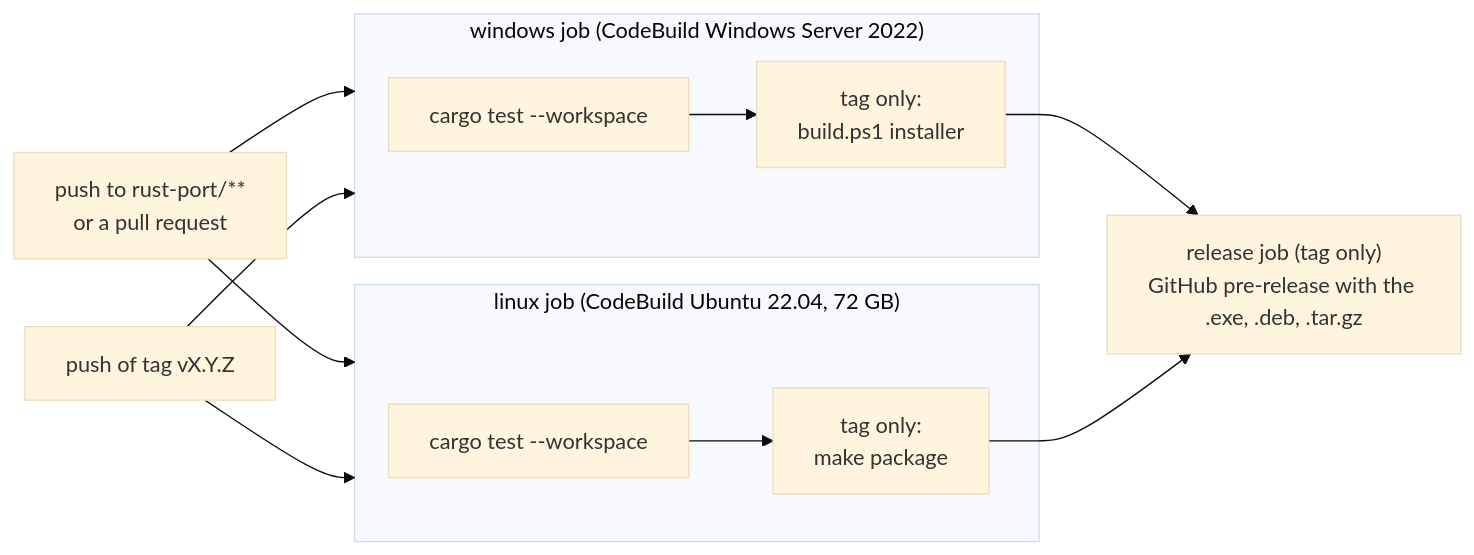
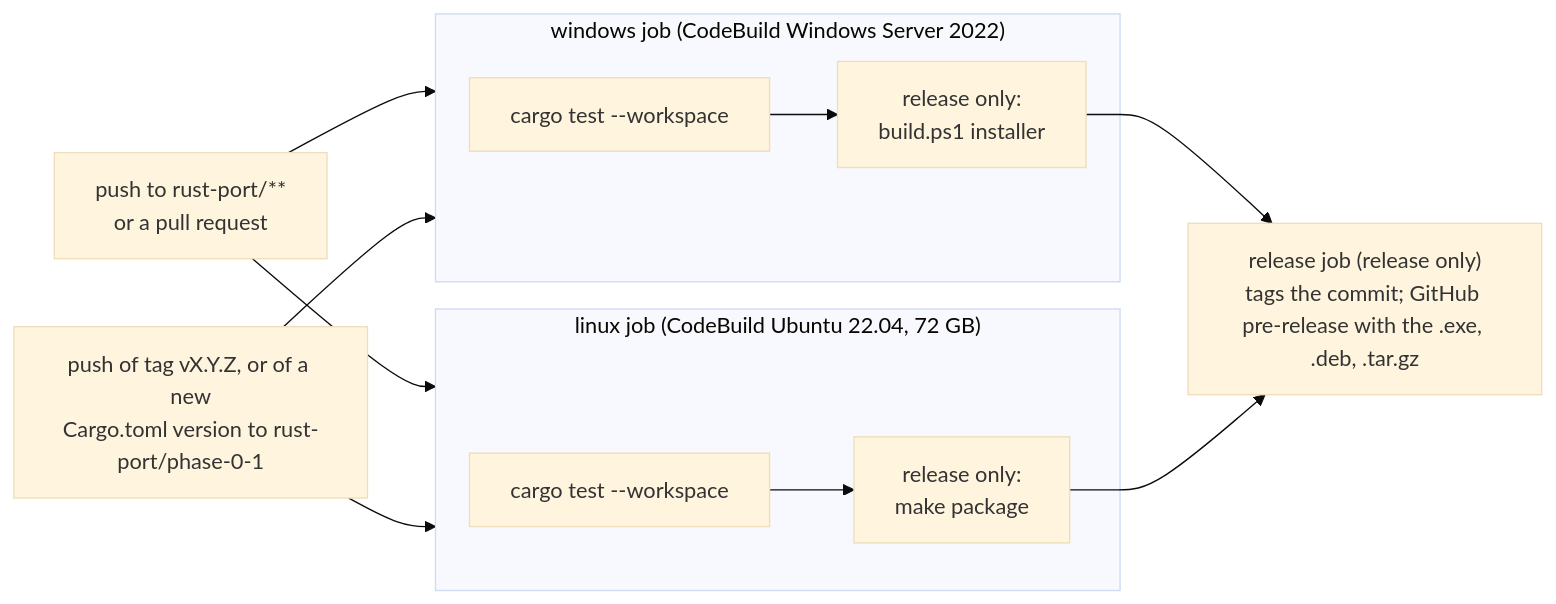
Before and after one commit to 4regab/Hover: the fourth of 5 diagrams in docs/development/architecture.md, drawn with Mermaid (base theme). The commit also changed 6 other files, not shown here.

First line of the commit message:
Release 3.1.1, and release from a push that raises the version

````diff
--- a/docs/development/architecture.md
+++ b/docs/development/architecture.md
@@ -140,17 +140,17 @@
 ```mermaid
 flowchart LR
     push["push to rust-port/**<br/>or a pull request"] --> wj & lj
-    tag["push of tag vX.Y.Z"] --> wj & lj
+    tag["push of tag vX.Y.Z, or of a new<br/>Cargo.toml version to rust-port/phase-0-1"] --> wj & lj
 
     subgraph wj["windows job (CodeBuild Windows Server 2022)"]
-        wt["cargo test --workspace"] --> wi["tag only:<br/>build.ps1 installer"]
+        wt["cargo test --workspace"] --> wi["release only:<br/>build.ps1 installer"]
     end
 
     subgraph lj["linux job (CodeBuild Ubuntu 22.04, 72 GB)"]
-        lt["cargo test --workspace"] --> lp["tag only:<br/>make package"]
+        lt["cargo test --workspace"] --> lp["release only:<br/>make package"]
     end
 
     wi --> rel
     lp --> rel
-    rel["release job (tag only)<br/>GitHub pre-release with the .exe, .deb, .tar.gz"]
+    rel["release job (release only)<br/>tags the commit; GitHub pre-release with the .exe, .deb, .tar.gz"]
 ```
````
